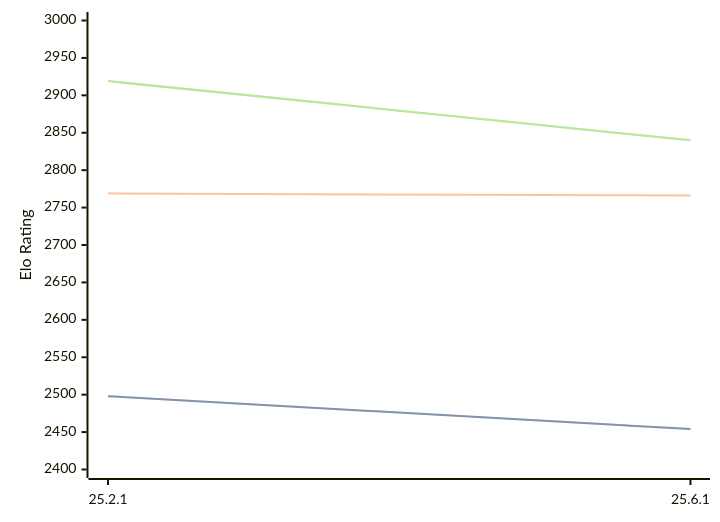
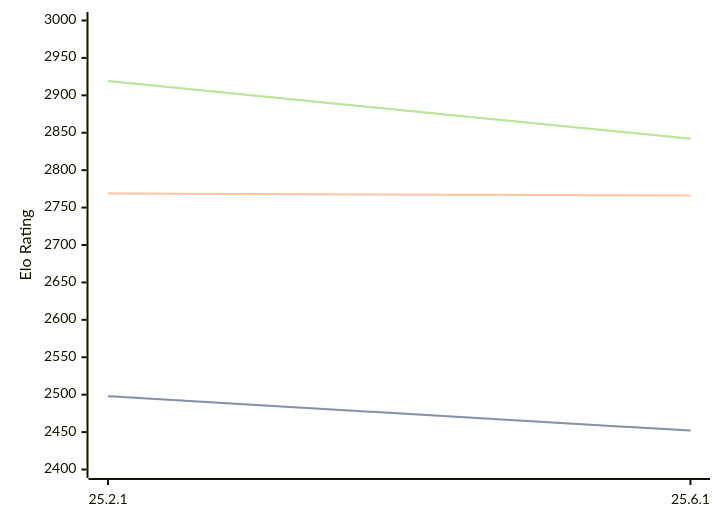
One commit to computer-chess-index/cci changed the diagram in engines/Crafty.md. Above: the diagram before and after it, drawn with Mermaid. The commit also changed other lines of this file, not shown here.

Commit message:
Update CCI Ratings (ELO VLTC) - 2026-07-22

````diff
--- a/engines/Crafty.md
+++ b/engines/Crafty.md
@@ -32,11 +32,11 @@
 ```mermaid
 %%{init: {"theme":"base","themeVariables":{"seriesColors:['#a3a3a3','#222221','#faa371']}}}%%
 xychart-beta
   x-axis ["25.2.1", "25.6.1"]
   y-axis "Elo Rating" 2400 --> 3000
-  line "STC (8.0+0.08s)" [2498, 2454]
-  line "STC (8.0+0.08s)" [2498, 2454]
+  line "STC (8.0+0.08s)" [2498, 2452]
+  line "STC (8.0+0.08s)" [2498, 2452]
   line "LTC (60.0+0.60s)" [2769, 2766]
-  line "VLTC (2m24s+1.12s)" [2919, 2840]
-  line "VLTC (2m24s+1.12s)" [2919, 2840]
+  line "VLTC (2m24s+1.12s)" [2919, 2842]
+  line "VLTC (2m24s+1.12s)" [2919, 2842]
 ```
````
